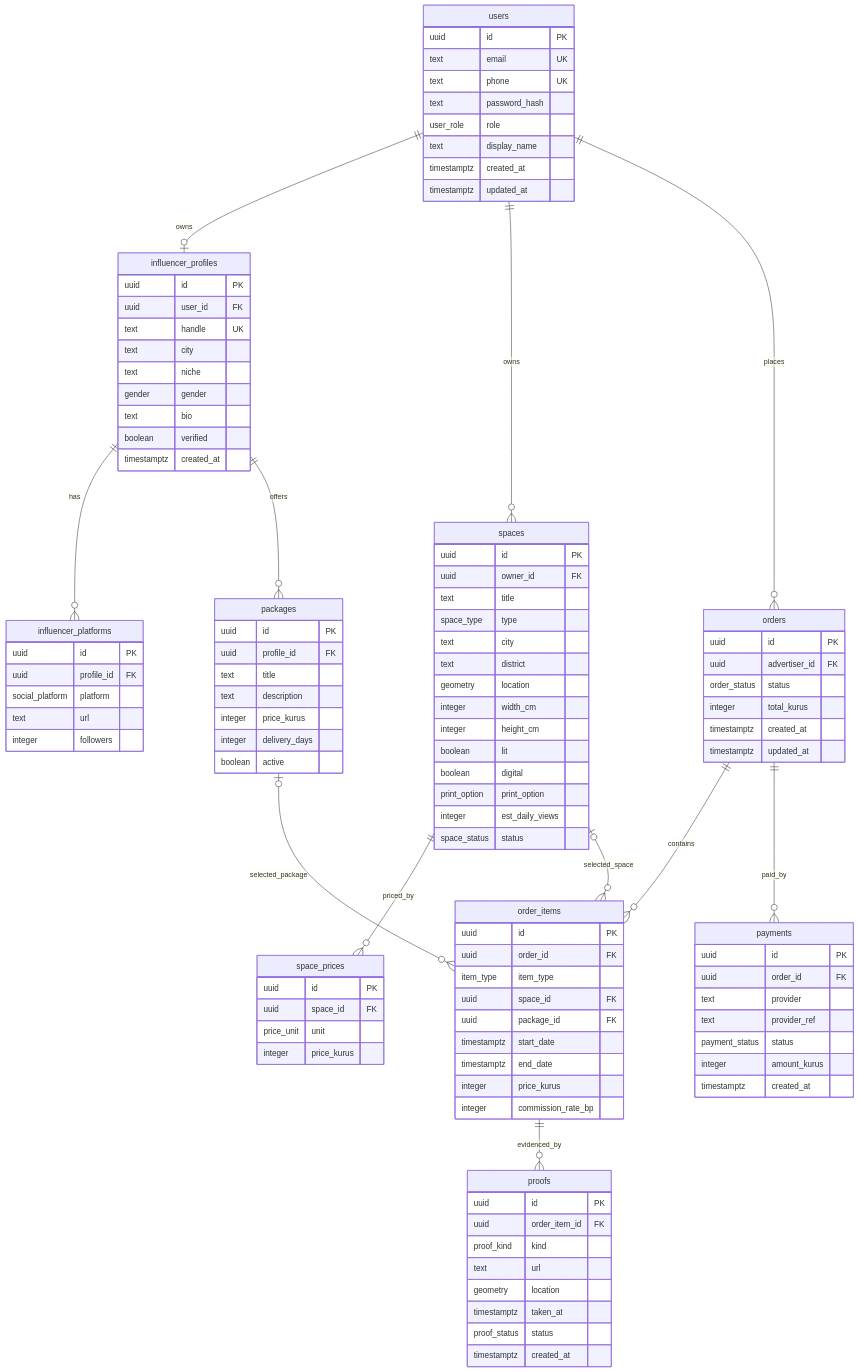
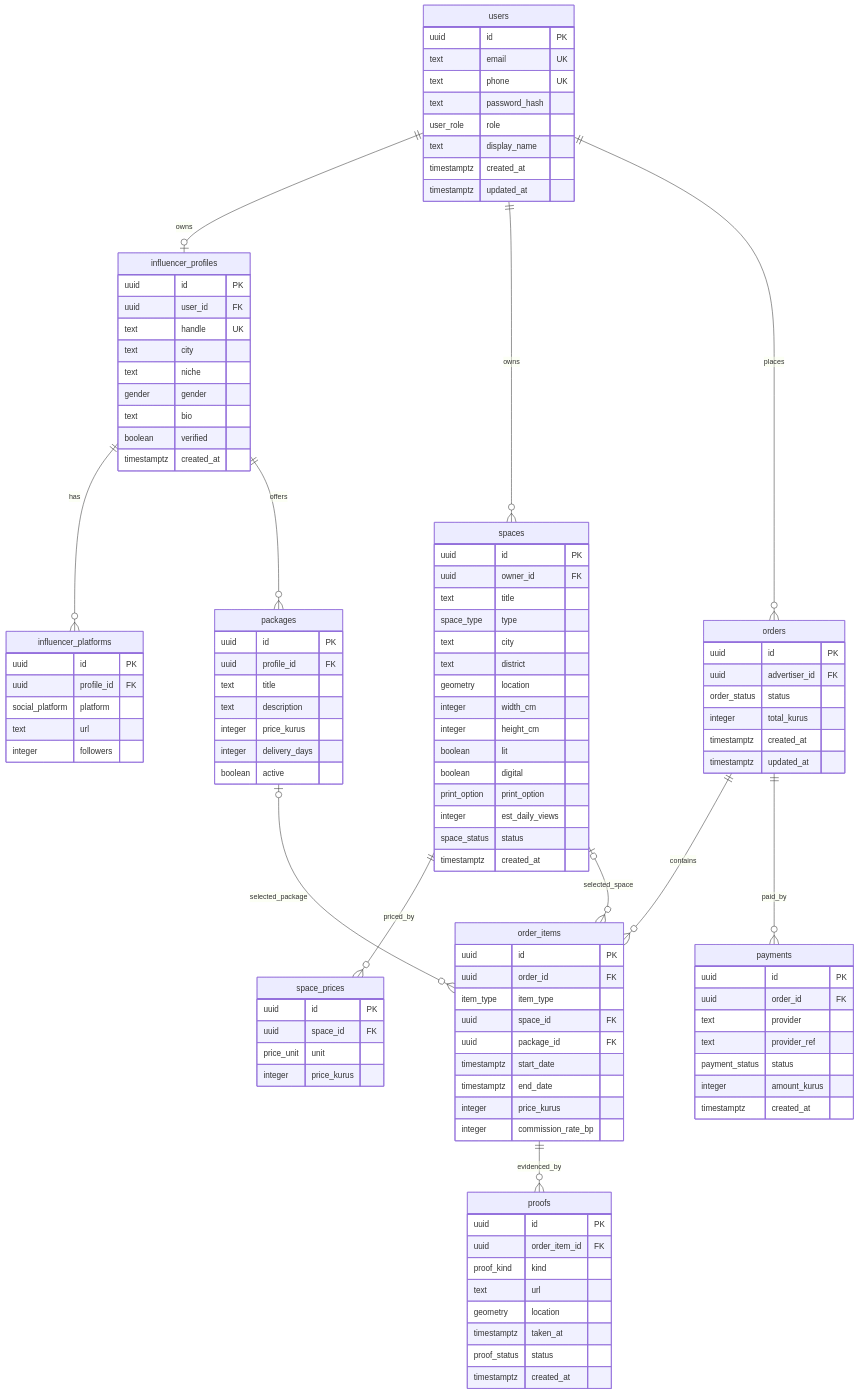
Before and after one commit to halilkolge/martrin: the diagram in docs/db.md, drawn with Mermaid. The commit also changed other lines of this file and 8 other files, not shown here.

```diff
--- a/docs/db.md
+++ b/docs/db.md
@@ -69,6 +69,7 @@
     print_option print_option
     integer est_daily_views
     space_status status
+    timestamptz created_at
   }
   space_prices {
     uuid id PK
```
